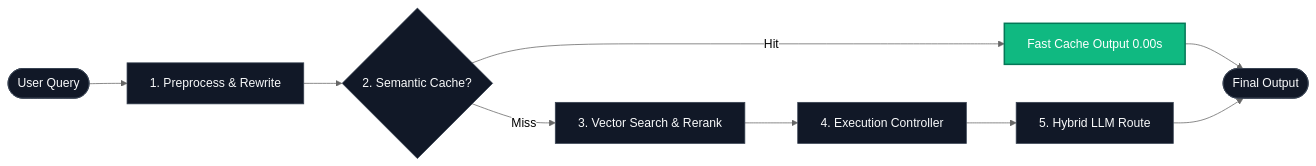
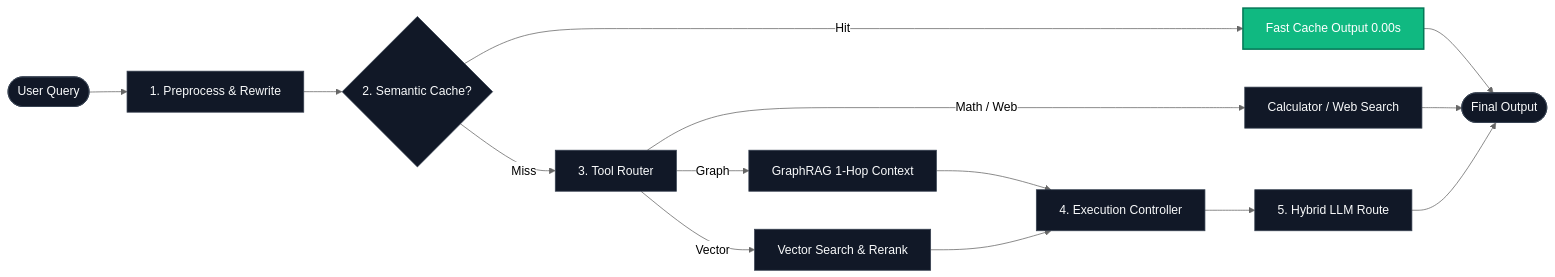
Before and after one commit to Hao610/AI-Model-Atlas: the first of 2 diagrams in docs/ARCHITECTURE.md, drawn with Mermaid (neutral theme). The commit also changed other lines of this file and 12 other files, not shown here.

Commit message:
feat(rag-app): implement Stage D GraphRAG MVP with native NetworkX extraction and 1-hop tool routing

````diff
--- a/docs/ARCHITECTURE.md
+++ b/docs/ARCHITECTURE.md
@@ -11,20 +11,27 @@
 ```mermaid
 flowchart LR
     Query([User Query]) --> Pre[1. Preprocess & Rewrite]
     Pre --> Cache{2. Semantic Cache?}
     
     Cache -->|Hit| CacheHit[Fast Cache Output 0.00s]
-    Cache -->|Miss| RAG[3. Vector Search & Rerank]
+    Cache -->|Miss| Router[3. Tool Router]
     
-    RAG --> Controller[4. Execution Controller]
+    Router -->|Math / Web| ExternalTool[Calculator / Web Search]
+    Router -->|Graph| GraphRAG[GraphRAG 1-Hop Context]
+    Router -->|Vector| RAG[Vector Search & Rerank]
+    
+    ExternalTool --> Output([Final Output])
+    GraphRAG --> Controller[4. Execution Controller]
+    RAG --> Controller
+    
     Controller --> LLM[5. Hybrid LLM Route]
     
-    CacheHit --> Output([Final Output])
+    CacheHit --> Output
     LLM --> Output
 
     classDef default fill:#111827,stroke:#374151,stroke-width:1px,color:#f9fafb;
     classDef highlight fill:#10b981,stroke:#047857,stroke-width:2px,color:#fff;
     classDef title fill:#1f2937,stroke:#4b5563,stroke-width:1px,color:#f3f4f6;
 
     class CacheHit highlight;
 ```
````
